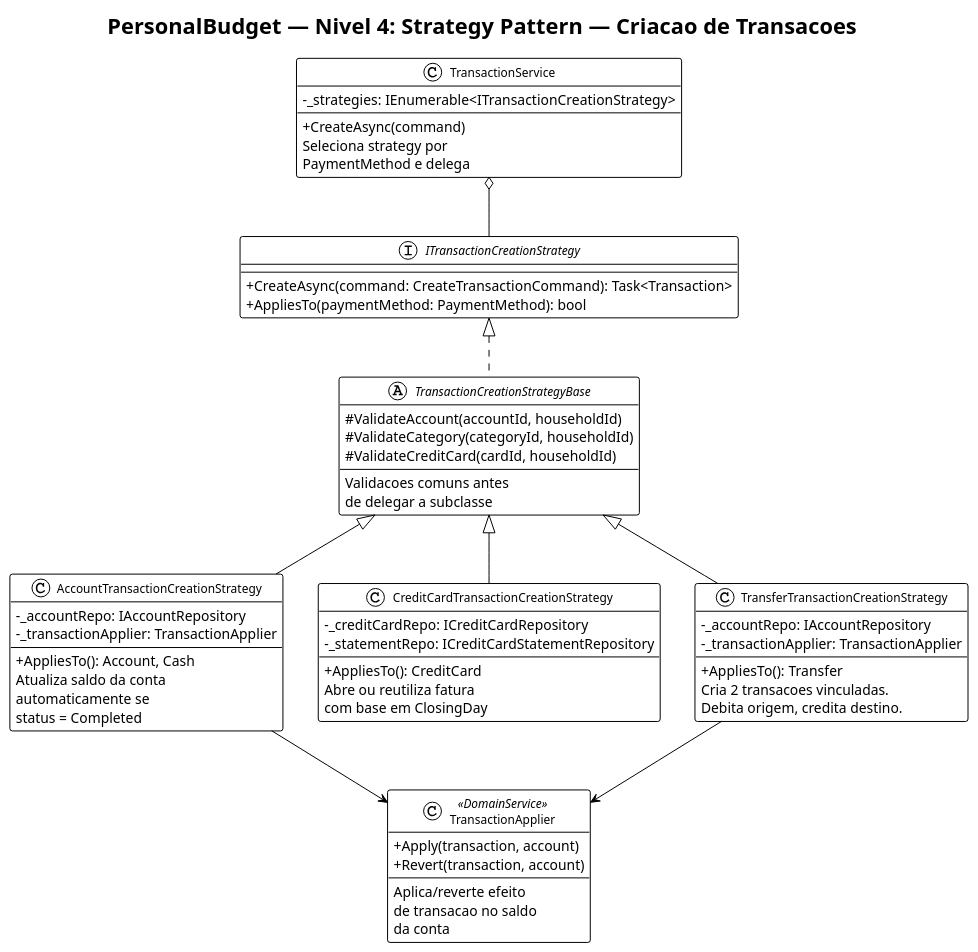
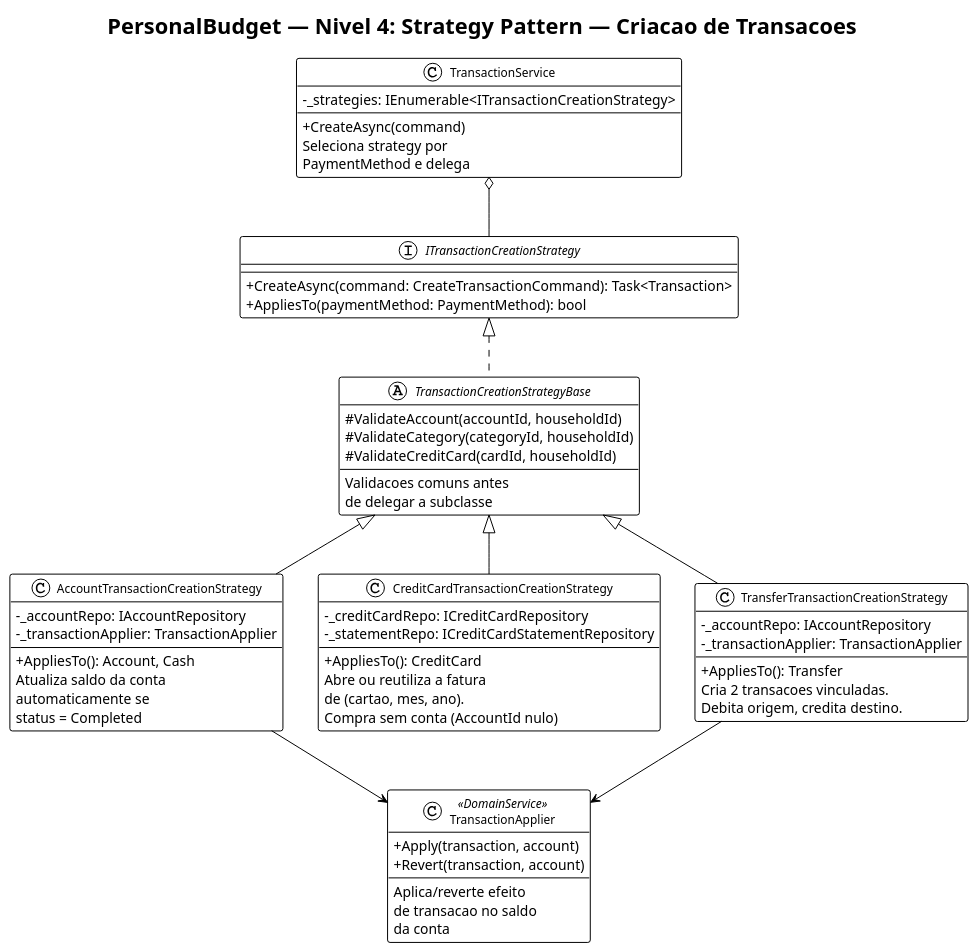
One commit to ProfissionalIgorAndrade/PersonalBudget changed the seventh of 7 diagrams in docs/architecture/c4-architecture.puml. Above: the diagram before and after it, drawn with PlantUML. The commit also changed other lines of this file and 3 other files, not shown here.

```diff
--- a/docs/architecture/c4-architecture.puml
+++ b/docs/architecture/c4-architecture.puml
@@ -528,67 +514,67 @@
 @startuml C4_L4_StrategyPattern
 !theme plain
 skinparam classAttributeIconSize 0
 skinparam classFontSize 12
 
 title PersonalBudget — Nivel 4: Strategy Pattern — Criacao de Transacoes
 
 interface ITransactionCreationStrategy {
     +CreateAsync(command: CreateTransactionCommand): Task<Transaction>
     +AppliesTo(paymentMethod: PaymentMethod): bool
 }
 
 abstract class TransactionCreationStrategyBase {
     #ValidateAccount(accountId, householdId)
     #ValidateCategory(categoryId, householdId)
     #ValidateCreditCard(cardId, householdId)
     --
     Validacoes comuns antes\nde delegar a subclasse
 }
 
 class AccountTransactionCreationStrategy {
     -_accountRepo: IAccountRepository
     -_transactionApplier: TransactionApplier
     --
     +AppliesTo(): Account, Cash
     Atualiza saldo da conta\nautomaticamente se\nstatus = Completed
 }
 
 class CreditCardTransactionCreationStrategy {
     -_creditCardRepo: ICreditCardRepository
     -_statementRepo: ICreditCardStatementRepository
     --
     +AppliesTo(): CreditCard
-    Abre ou reutiliza fatura\ncom base em ClosingDay
+    Abre ou reutiliza a fatura\nde (cartao, mes, ano).\nCompra sem conta (AccountId nulo)
 }
 
 class TransferTransactionCreationStrategy {
     -_accountRepo: IAccountRepository
     -_transactionApplier: TransactionApplier
     --
     +AppliesTo(): Transfer
     Cria 2 transacoes vinculadas.\nDebita origem, credita destino.
 }
 
 class TransactionService {
     -_strategies: IEnumerable<ITransactionCreationStrategy>
     --
     +CreateAsync(command)
     Seleciona strategy por\nPaymentMethod e delega
 }
 
 class TransactionApplier <<DomainService>> {
     +Apply(transaction, account)
     +Revert(transaction, account)
     --
     Aplica/reverte efeito\nde transacao no saldo\nda conta
 }
 
 ITransactionCreationStrategy <|.. TransactionCreationStrategyBase
 TransactionCreationStrategyBase <|-- AccountTransactionCreationStrategy
 TransactionCreationStrategyBase <|-- CreditCardTransactionCreationStrategy
 TransactionCreationStrategyBase <|-- TransferTransactionCreationStrategy
 TransactionService o-- ITransactionCreationStrategy
 AccountTransactionCreationStrategy --> TransactionApplier
 TransferTransactionCreationStrategy --> TransactionApplier
 
 @enduml
```
